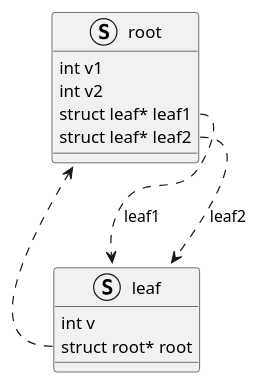
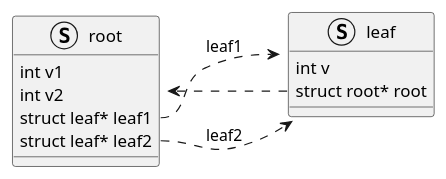
One commit to rivsidn/Linux-System-Handbook changed the second of 2 diagrams in tools/drawing/PlantUML使用.md. Above: the diagram before and after it, drawn with PlantUML. The commit also changed 3 other files, not shown here.

````diff
--- a/tools/drawing/PlantUML使用.md
+++ b/tools/drawing/PlantUML使用.md
@@ -38,21 +38,23 @@
 ```plantuml
 @startuml
+
+left to right direction
 
 struct root {
   int v1
   int v2
   struct leaf* leaf1
   struct leaf* leaf2
 }
 
 struct leaf {
   int v
   struct root* root
 }
 
 root::leaf1 ..> leaf : "leaf1"
 root::leaf2 ..> leaf : "leaf2"
 leaf::root  ..> root
 
 @enduml
 ```
````
